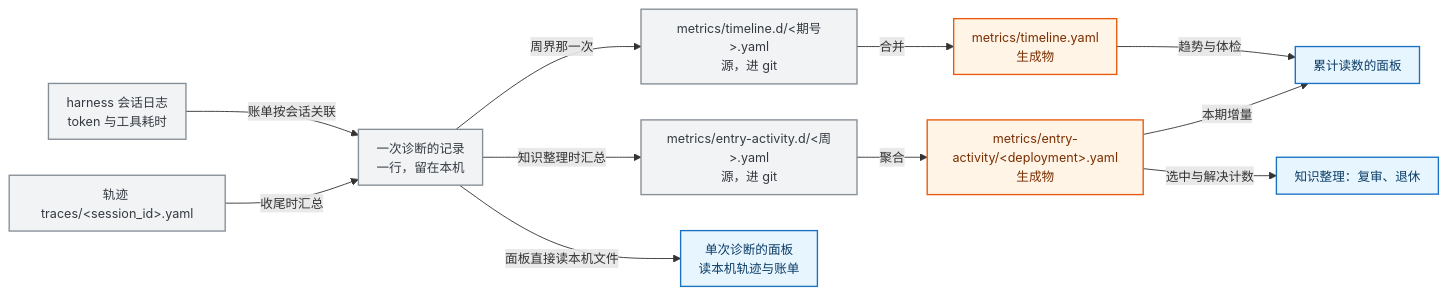
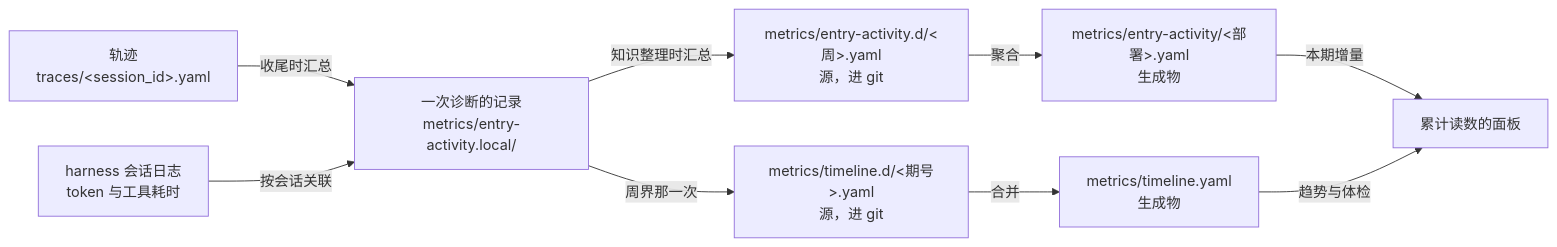
One commit to pillumina/ascend-sleuth changed the diagram in docs/mechanism/diagnosis-observability.md. Above: the diagram before and after it, drawn with Mermaid. The commit also changed other lines of this file and 80 other files, not shown here.

````diff
--- a/docs/mechanism/diagnosis-observability.md
+++ b/docs/mechanism/diagnosis-observability.md
@@ -39,21 +29,11 @@
 ```mermaid
-%%{init: {'themeVariables':{'fontSize':'14px'},'flowchart':{'curve':'basis','nodeSpacing':40,'rankSpacing':50,'padding':10}}}%%
 flowchart LR
-    TR["轨迹 traces/&lt;session_id&gt;.yaml"] -->|"收尾时汇总"| EP["一次诊断的记录<br/>一行，留在本机"]
-    LG["harness 会话日志<br/>token 与工具耗时"] -->|"账单按会话关联"| EP
+    TR["轨迹<br/>traces/&lt;session_id&gt;.yaml"] -->|"收尾时汇总"| EP["一次诊断的记录<br/>metrics/entry-activity.local/"]
+    LG["harness 会话日志<br/>token 与工具耗时"] -->|"按会话关联"| EP
     EP -->|"知识整理时汇总"| PF["metrics/entry-activity.d/&lt;周&gt;.yaml<br/>源，进 git"]
-    PF -->|"聚合"| EA["metrics/entry-activity/&lt;deployment&gt;.yaml<br/>生成物"]
+    PF -->|"聚合"| EA["metrics/entry-activity/&lt;部署&gt;.yaml<br/>生成物"]
     EP -->|"周界那一次"| TD["metrics/timeline.d/&lt;期号&gt;.yaml<br/>源，进 git"]
     TD -->|"合并"| TI["metrics/timeline.yaml<br/>生成物"]
-    EP -->|"面板直接读本机文件"| V1["单次诊断的面板<br/>读本机轨迹与账单"]
-    EA -->|"本期增量"| V2["累计读数的面板"]
-    TI -->|"趋势与体检"| V2
-    EA -->|"选中与解决计数"| GR["知识整理：复审、退休"]
-
-    classDef store fill:#f1f3f5,stroke:#868e96,stroke-width:1.5px,color:#343a40
-    classDef gen fill:#fff4e6,stroke:#e8590c,stroke-width:1.5px,color:#7a2e00
-    classDef view fill:#e7f5ff,stroke:#1971c2,stroke-width:1.5px,color:#0b3d66
-    class TR,LG,EP,PF,TD store
-    class EA,TI gen
-    class V1,V2,GR view
+    EA -->|"本期增量"| V["累计读数的面板"]
+    TI -->|"趋势与体检"| V
 ```
````
